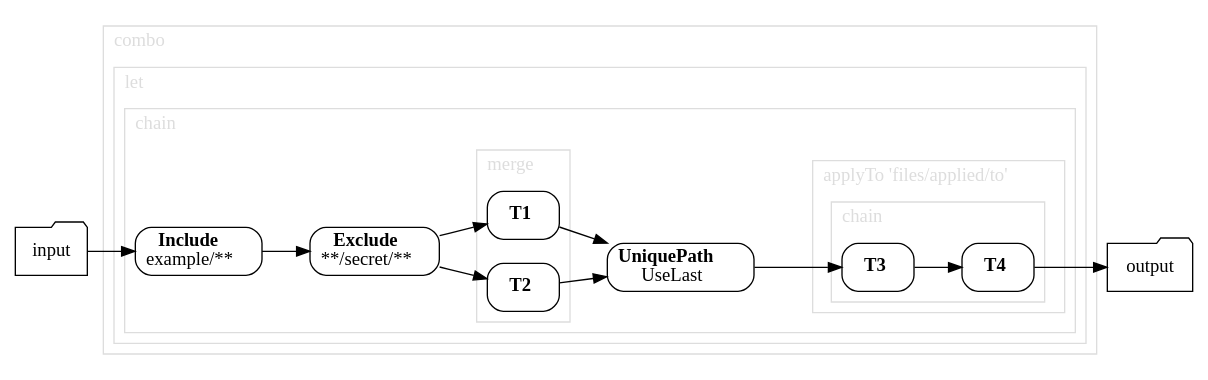
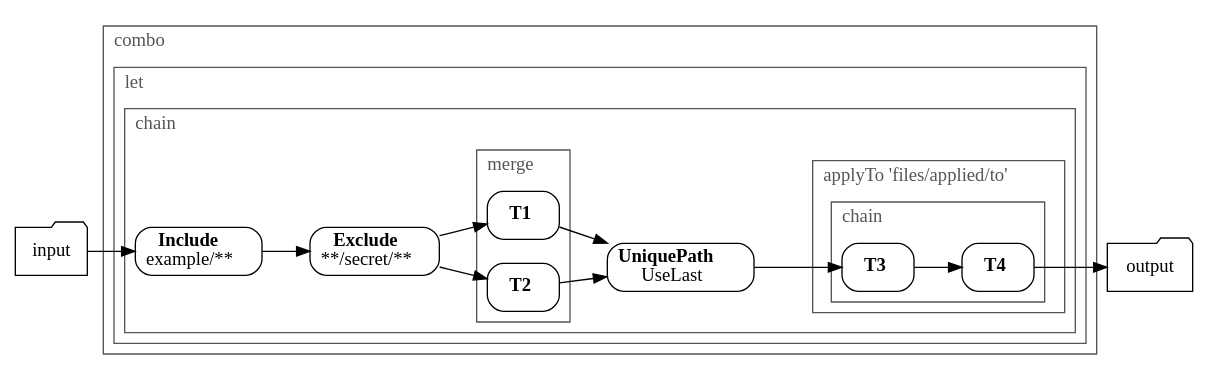
Before and after one commit to pivotal/docs-tap: the diagram in application-accelerator/creating-accelerators/transforms/combo.dot, drawn with Graphviz. The commit also changed 21 other files, not shown here.

Commit message:
Adapt diagram colors for accessibility

```diff
--- a/application-accelerator/creating-accelerators/transforms/combo.dot
+++ b/application-accelerator/creating-accelerators/transforms/combo.dot
@@ -1,68 +1,68 @@
 // This file was auto-generated from combo.yaml - DO NOT MODIFY
 
 digraph G {
   rankdir="LR";
   labeljust="l";
   node [shape="rect"; style="rounded"; ]
 
 
   String_5ce33a58 [label="input"; shape="folder"; ]
   String_78a287ed [label="output"; shape="folder"; ]
 
   String_5ce33a58 -> Include_3e2943ab;
   T4_64337702 -> String_78a287ed;
 
   subgraph cluster_6175619b {
     label=<combo>;
-    color="#DDDDDD";
-    fontcolor="#dddddd";
+    color="#555555";
+    fontcolor="#555555";
 
     subgraph cluster_4215838f {
       label=<let>;
-      color="#DDDDDD";
-      fontcolor="#dddddd";
+      color="#555555";
+      fontcolor="#555555";
 
       subgraph cluster_184497d1 {
         label=<chain>;
-        color="#DDDDDD";
-        fontcolor="#dddddd";
+        color="#555555";
+        fontcolor="#555555";
 
         Include_3e2943ab [label=<<b>Include</b><br/>example/**>; ]
         Exclude_4a9f80d3 [label=<<b>Exclude</b><br/>**/secret/**>; ]
         UniquePath_6c67e137 [label=<<b>UniquePath</b><br/>UseLast>; ]
 
         Include_3e2943ab -> Exclude_4a9f80d3;
         T1_4e76dac -> UniquePath_6c67e137;
         T2_611df6e3 -> UniquePath_6c67e137;
         Exclude_4a9f80d3 -> T1_4e76dac;
         Exclude_4a9f80d3 -> T2_611df6e3;
         UniquePath_6c67e137 -> T3_76c7beb3;
 
         subgraph cluster_191ae03f {
           label=<applyTo 'files/applied/to'>;
-          color="#DDDDDD";
-          fontcolor="#dddddd";
+          color="#555555";
+          fontcolor="#555555";
 
           subgraph cluster_63c5efee {
             label=<chain>;
-            color="#DDDDDD";
-            fontcolor="#dddddd";
+            color="#555555";
+            fontcolor="#555555";
 
             T3_76c7beb3 [label=<<b>T3</b>>; ]
             T4_64337702 [label=<<b>T4</b>>; ]
 
             T3_76c7beb3 -> T4_64337702;
           }
         }
         subgraph cluster_41fe9859 {
           label=<merge>;
-          color="#DDDDDD";
-          fontcolor="#dddddd";
+          color="#555555";
+          fontcolor="#555555";
 
           T1_4e76dac [label=<<b>T1</b>>; ]
           T2_611df6e3 [label=<<b>T2</b>>; ]
         }
       }
     }
   }
 }
```
